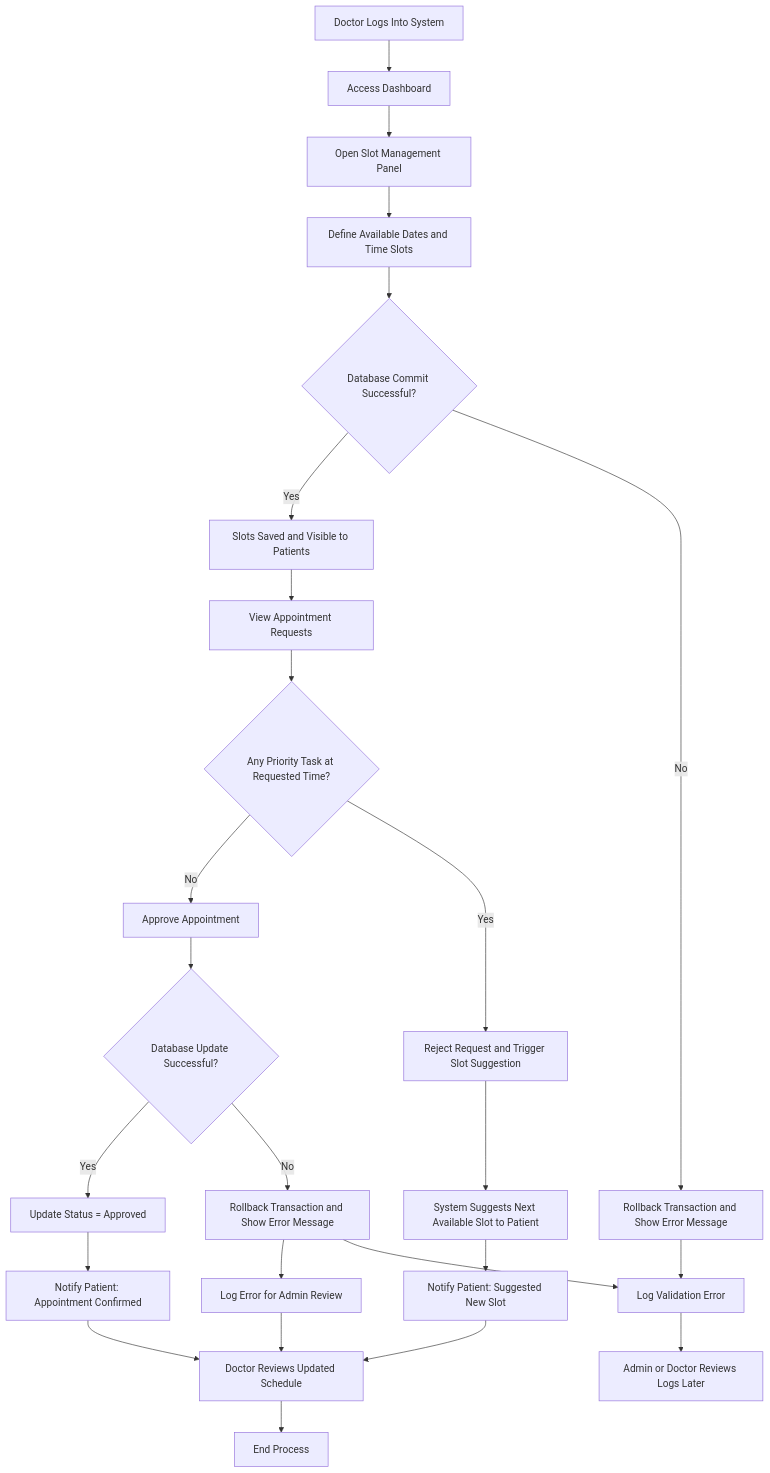
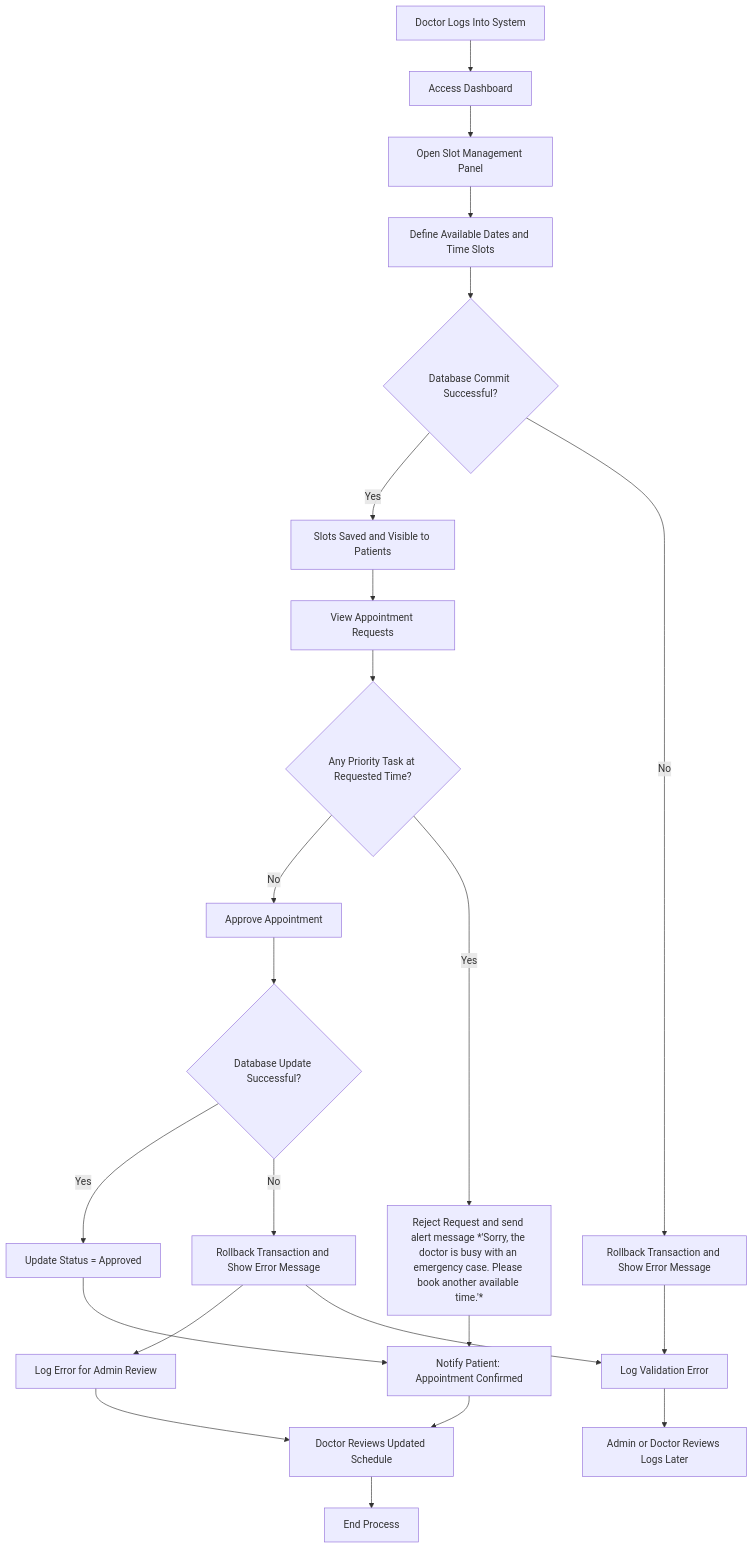
The second of 3 diagrams in docs/usecases.md (akshita-gkmit/medilink), drawn with Mermaid before and after one commit. The commit also changed other lines of this file and 4 other files, not shown here.

````diff
--- a/docs/usecases.md
+++ b/docs/usecases.md
@@ -81,36 +80,33 @@
 ```mermaid
 flowchart TD
     A["Doctor Logs Into System"] --> B["Access Dashboard"]
 
     B --> C["Open Slot Management Panel"]
     C --> D["Define Available Dates and Time Slots"]
     D --> H{"Database Commit Successful?"}
     H -->|Yes| I["Slots Saved and Visible to Patients"]
     H -->|No| J["Rollback Transaction and Show Error Message"]
 
     I --> K["View Appointment Requests"]
     K --> L{"Any Priority Task at Requested Time?"}
 
     L -->|No| M["Approve Appointment"]
-    L -->|Yes| N["Reject Request and Trigger Slot Suggestion"]
+    L -->|Yes| N["Reject Request and send alert message *'Sorry, the doctor is busy with an emergency case. Please book another available time.'*"]
 
     M --> O{"Database Update Successful?"}
     O -->|Yes| P["Update Status = Approved"]
     O -->|No| Q["Rollback Transaction and Show Error Message"]
 
-    N --> R["System Suggests Next Available Slot to Patient"]
+    P --> S["Notify Patient: Appointment Confirmed"]
+    N --> S
 
-    P --> S["Notify Patient: Appointment Confirmed"]
-    R --> T["Notify Patient: Suggested New Slot"]
     Q --> U["Log Error for Admin Review"]
-
     S --> V["Doctor Reviews Updated Schedule"]
-    T --> V
     U --> V
 
     V --> W["End Process"]
 
     J --> X["Log Validation Error"]
     Q --> X
     X --> Y["Admin or Doctor Reviews Logs Later"]
 ```
````
